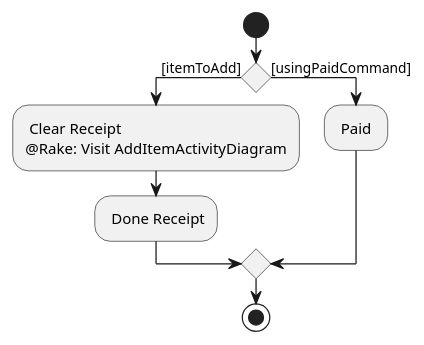
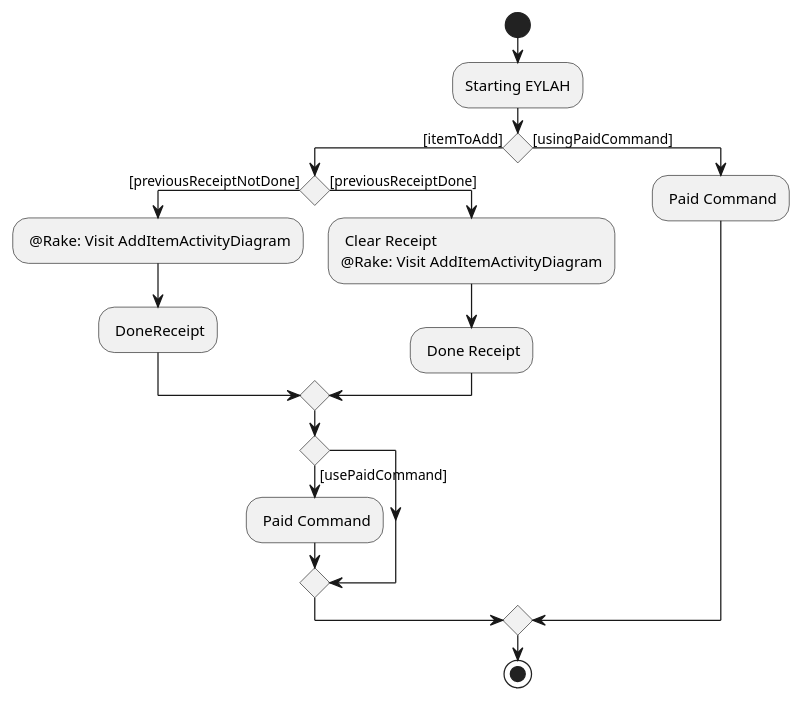
The diagram in docs/diagrams/ExpenseSplitterActivityDiagramV2.puml (nus-cs2103-AY1920S2/addressbook-level3), drawn with PlantUML before and after one commit.

Commit message:
edited UG for dry PE v5

```diff
--- a/docs/diagrams/ExpenseSplitterActivityDiagramV2.puml
+++ b/docs/diagrams/ExpenseSplitterActivityDiagramV2.puml
@@ -1,13 +1,31 @@
 @startuml
 start
 
+:Starting EYLAH;
+
 if () then ([itemToAdd])
+
+    if () then ([previousReceiptNotDone])
+    : @Rake: Visit AddItemActivityDiagram;
+    : DoneReceipt;
+
+    else ([previousReceiptDone])
     : Clear Receipt
     @Rake: Visit AddItemActivityDiagram;
     : Done Receipt;
+    endif
+
+     if () then([usePaidCommand])
+        : Paid Command;
+     else ()
+     endif
+
+
     else ([usingPaidCommand])
-    : Paid ;
+    : Paid Command;
+
+
 endif
 
 stop
 @enduml
```
